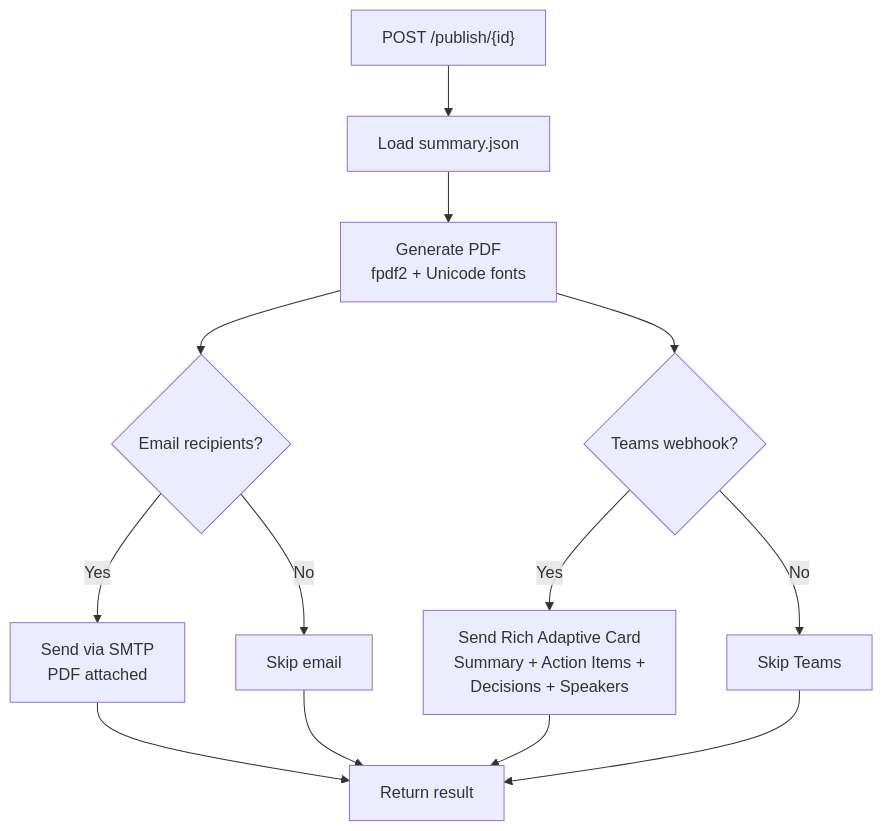
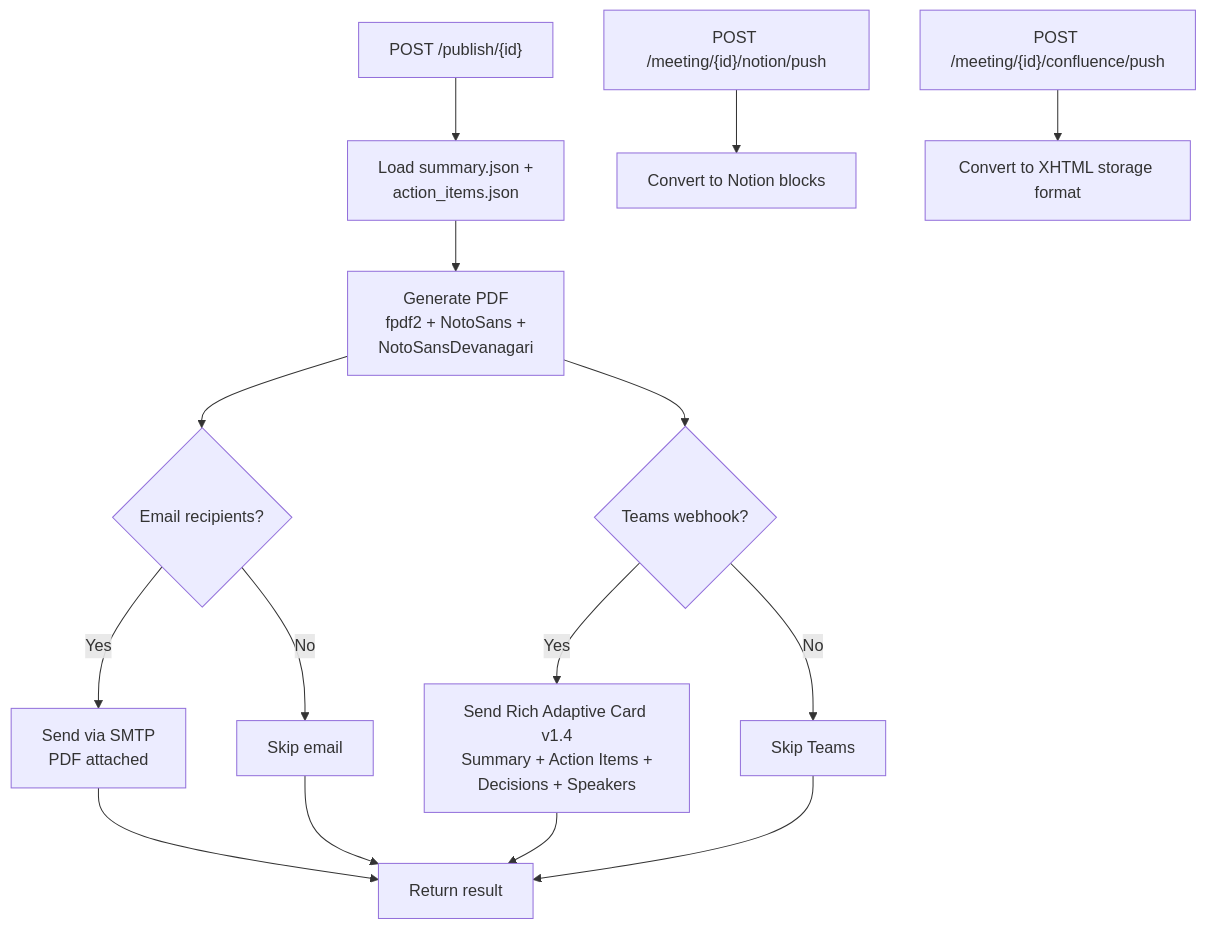
One commit to pawanuikey06/ContextIQ changed the eighth of 14 diagrams in docs/architecture.md. Above: the diagram before and after it, drawn with Mermaid. The commit also changed other lines of this file, not shown here.

Commit message:
architectures updated

````diff
--- a/docs/architecture.md
+++ b/docs/architecture.md
@@ -246,15 +329,18 @@
 ```mermaid
 flowchart TD
-    A["POST /publish/{id}"] --> B["Load summary.json"]
-    B --> C["Generate PDF<br/>fpdf2 + Unicode fonts"]
+    A["POST /publish/{id}"] --> B["Load summary.json +<br/>action_items.json"]
+    B --> C["Generate PDF<br/>fpdf2 + NotoSans +<br/>NotoSansDevanagari"]
     C --> D{Email recipients?}
     D -->|Yes| E["Send via SMTP<br/>PDF attached"]
     D -->|No| F["Skip email"]
     C --> G{Teams webhook?}
-    G -->|Yes| H["Send Rich Adaptive Card<br/>Summary + Action Items +<br/>Decisions + Speakers"]
+    G -->|Yes| H["Send Rich Adaptive Card v1.4<br/>Summary + Action Items +<br/>Decisions + Speakers"]
     G -->|No| I["Skip Teams"]
     E --> J["Return result"]
     F --> J
     H --> J
     I --> J
+
+    K["POST /meeting/{id}/notion/push"] --> L["Convert to Notion blocks"]
+    M["POST /meeting/{id}/confluence/push"] --> N["Convert to XHTML storage format"]
 ```
````
